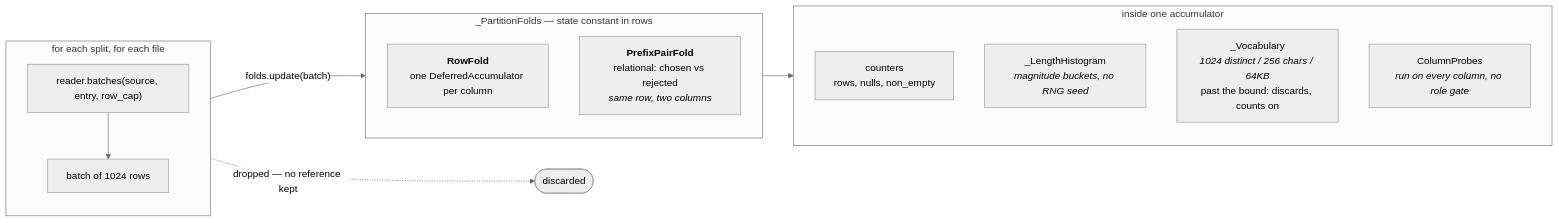
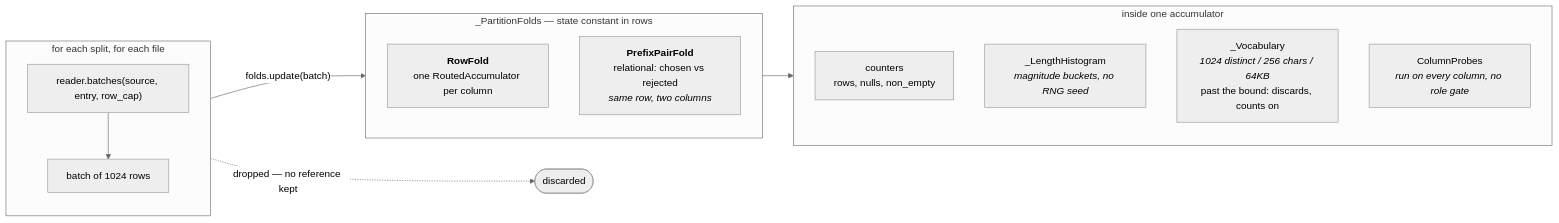
Before and after one commit to NVIDIA-NeMo/nemo-platform: the second of 3 diagrams in plugins/nemo-datasets/README.md, drawn with Mermaid (neutral theme). The commit also changed other lines of this file and 6 other files, not shown here.

````diff
--- a/plugins/nemo-datasets/README.md
+++ b/plugins/nemo-datasets/README.md
@@ -289,28 +289,28 @@
 ```mermaid
 flowchart LR
     subgraph FILES["for each split, for each file"]
         direction TB
         OPEN["reader.batches(source, entry, row_cap)"]
         OPEN --> B1["batch of 1024 rows"]
     end
 
     B1 -->|"folds.update(batch)"| FOLD
 
     subgraph FOLD["_PartitionFolds — state constant in rows"]
         direction TB
-        COL["<b>RowFold</b><br/>one DeferredAccumulator per column"]
+        COL["<b>RowFold</b><br/>one RoutedAccumulator per column"]
         PRE["<b>PrefixPairFold</b><br/>relational: chosen vs rejected<br/><i>same row, two columns</i>"]
     end
 
     B1 -.->|"dropped — no reference kept"| GONE(["discarded"])
 
     FOLD --> ACC
 
     subgraph ACC["inside one accumulator"]
         direction TB
         CNT["counters<br/>rows, nulls, non_empty"]
         HIST["_LengthHistogram<br/><i>magnitude buckets, no RNG seed</i>"]
         VOC["_Vocabulary<br/><i>1024 distinct / 256 chars / 64KB</i><br/>past the bound: discards, counts on"]
         PROBE["ColumnProbes<br/><i>run on every column, no role gate</i>"]
     end
 ```
````
